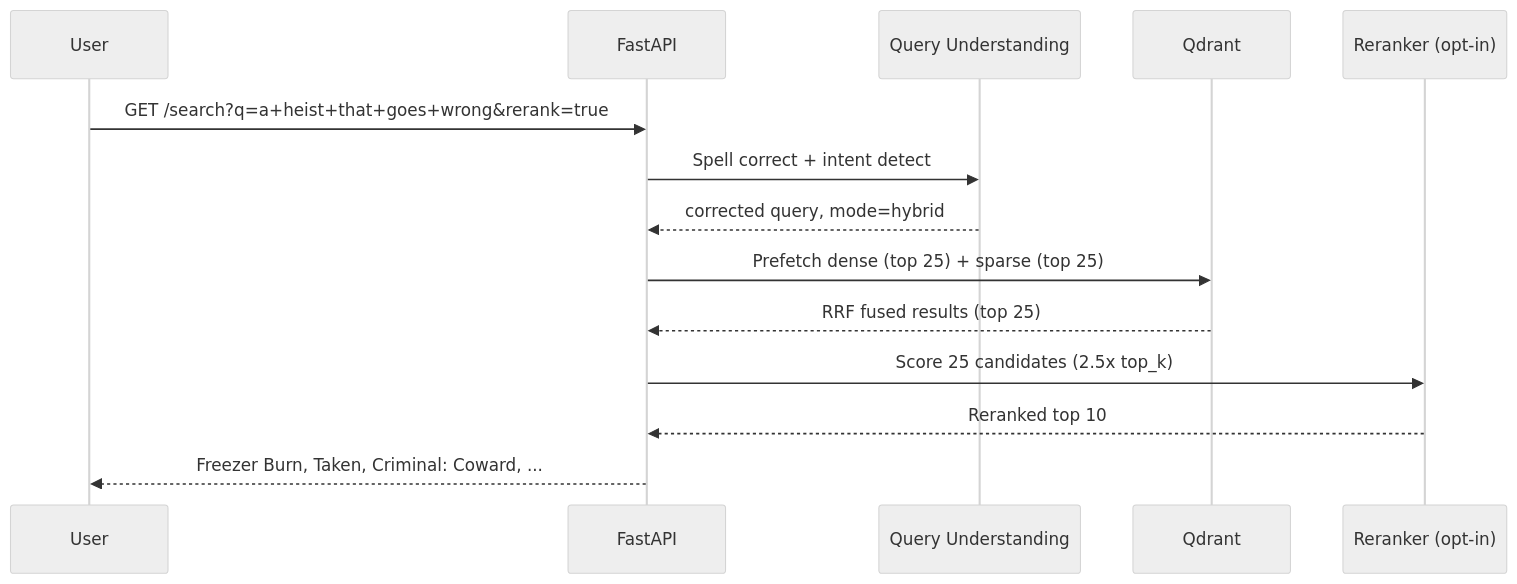
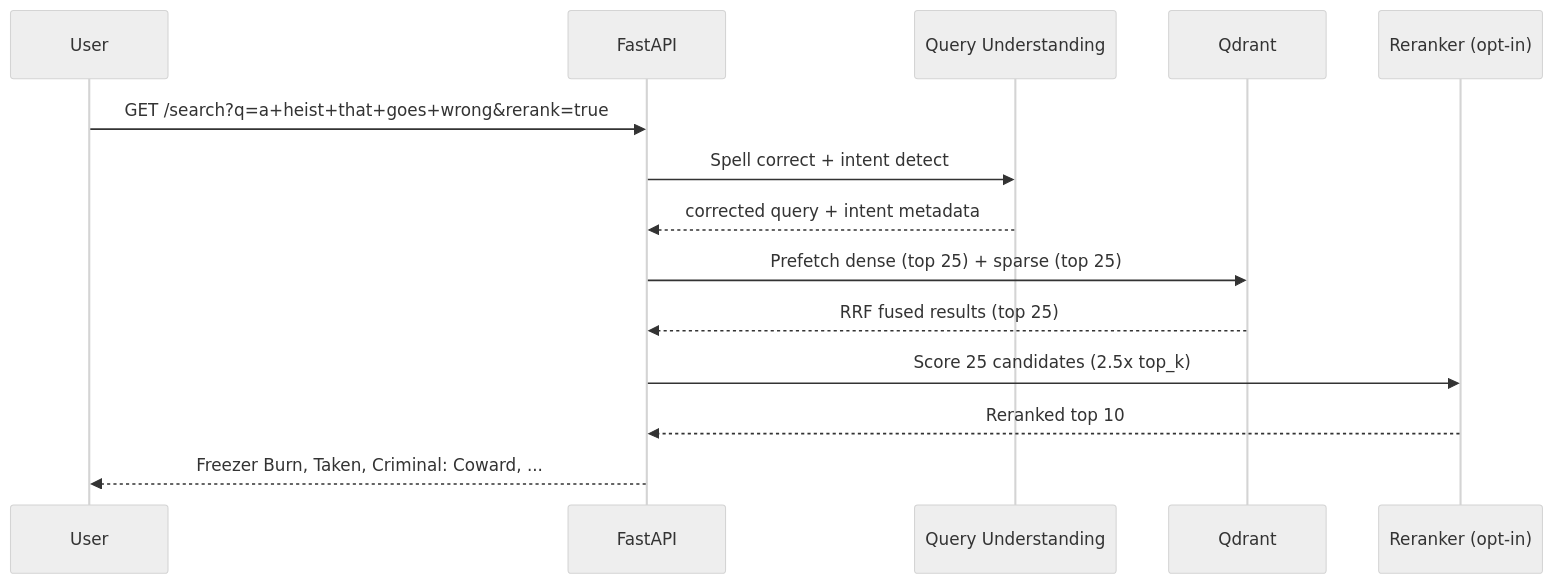
One commit to TruaShamu/ai-search changed the second of 4 diagrams in README.md. Above: the diagram before and after it, drawn with Mermaid (neutral theme). The commit also changed other lines of this file, not shown here.

First line of the commit message:
docs: correct README architecture claims

````diff
--- a/README.md
+++ b/README.md
@@ -73,17 +73,17 @@
 ```mermaid
 sequenceDiagram
     participant User
     participant API as FastAPI
     participant QU as Query Understanding
     participant Q as Qdrant
     participant RR as Reranker (opt-in)
 
     User->>API: GET /search?q=a+heist+that+goes+wrong&rerank=true
     API->>QU: Spell correct + intent detect
-    QU-->>API: corrected query, mode=hybrid
+    QU-->>API: corrected query + intent metadata
     API->>Q: Prefetch dense (top 25) + sparse (top 25)
     Q-->>API: RRF fused results (top 25)
     API->>RR: Score 25 candidates (2.5x top_k)
     RR-->>API: Reranked top 10
     API-->>User: Freezer Burn, Taken, Criminal: Coward, ...
 ```
````
